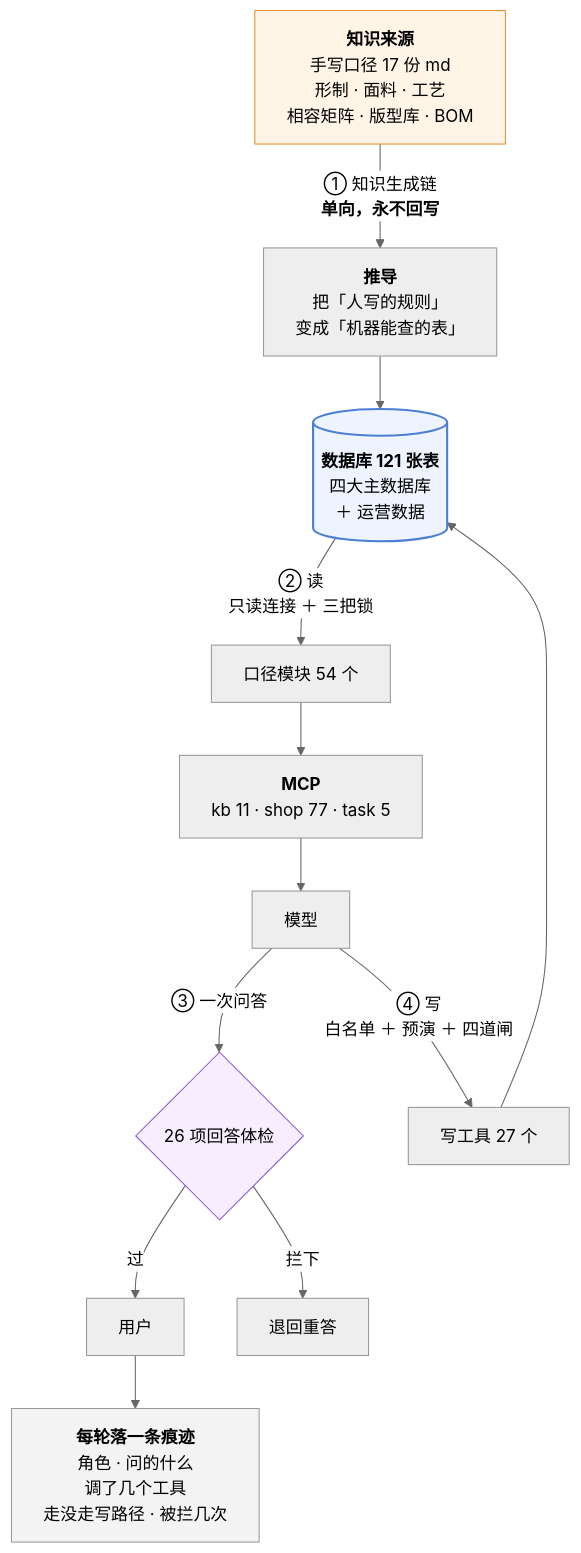
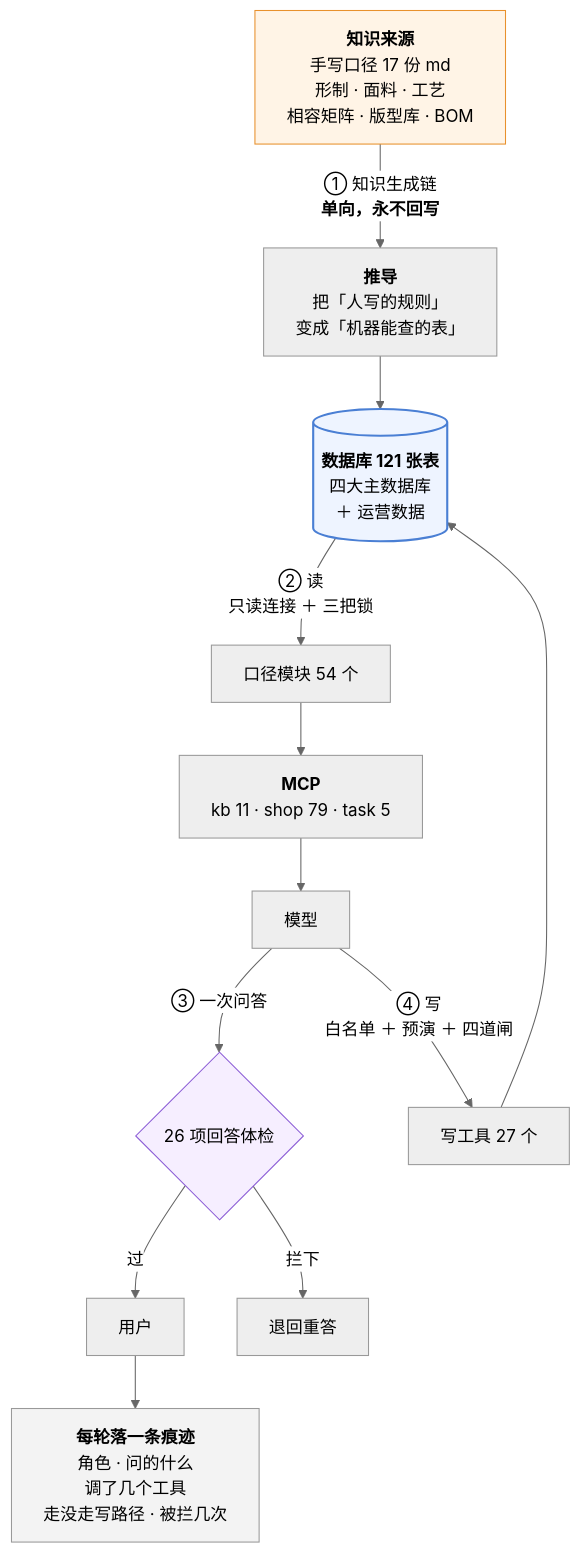
The third of 3 diagrams in 澜绣云裳agent-产品说明.md (843773296-rgb/lanxiu-yunshang-agent), drawn with Mermaid (neutral theme) before and after one commit. The commit also changed other lines of this file and 16 other files, not shown here.

````diff
--- a/澜绣云裳agent-产品说明.md
+++ b/澜绣云裳agent-产品说明.md
@@ -969,24 +969,24 @@
 ```mermaid
 flowchart TD
     MD["<b>知识来源</b><br/>手写口径 17 份 md<br/>形制 · 面料 · 工艺<br/>相容矩阵 · 版型库 · BOM"]
     MD -->|"① 知识生成链<br/><b>单向，永不回写</b>"| DV["<b>推导</b><br/>把「人写的规则」<br/>变成「机器能查的表」"]
     DV --> DB[("<b>数据库 121 张表</b><br/>四大主数据库<br/>＋ 运营数据")]
 
     DB -->|"② 读<br/>只读连接 ＋ 三把锁"| KJ["口径模块 54 个"]
-    KJ --> MCP["<b>MCP</b><br/>kb 11 · shop 77 · task 5"]
+    KJ --> MCP["<b>MCP</b><br/>kb 11 · shop 79 · task 5"]
     MCP --> LLM["模型"]
 
     LLM -->|"③ 一次问答"| GD{"26 项回答体检"}
     GD -- 过 --> U["用户"]
     GD -- 拦下 --> RE["退回重答"]
 
     LLM -->|"④ 写<br/>白名单 ＋ 预演 ＋ 四道闸"| W["写工具 27 个"]
     W --> DB
 
     U --> TR["<b>每轮落一条痕迹</b><br/>角色 · 问的什么<br/>调了几个工具<br/>走没走写路径 · 被拦几次"]
 
     style MD fill:#fff4e6,stroke:#e8912d
     style DB fill:#eef4ff,stroke:#4a7fd4,stroke-width:2px
     style GD fill:#f6eeff,stroke:#8b5cd6
     style TR fill:#f3f3f3,stroke:#999
 ```
````
